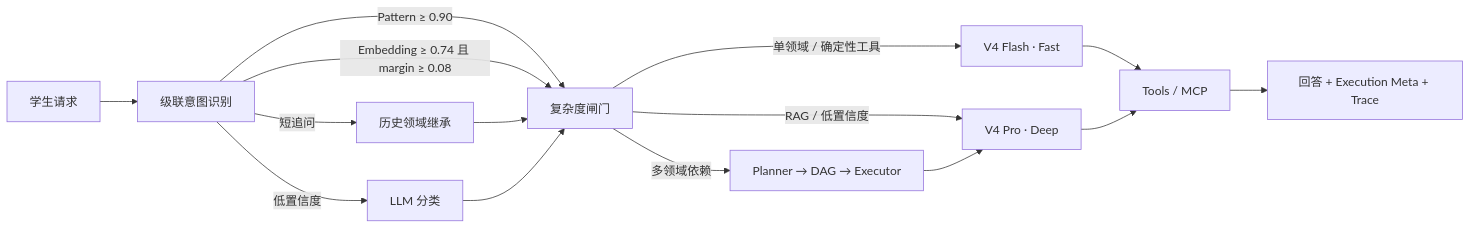
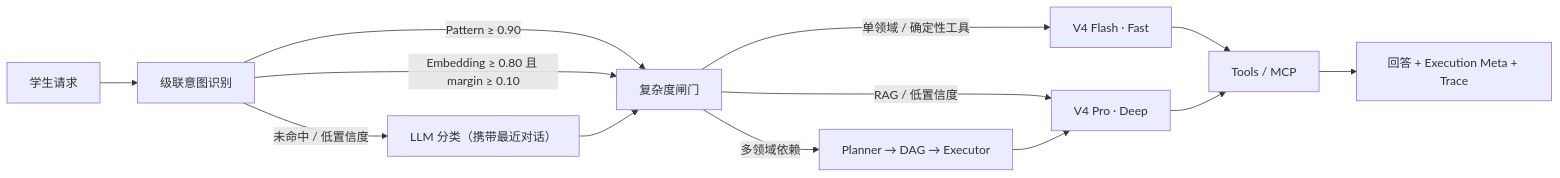
Before and after one commit to iam-epiphany/XDU-EchoGuide: the first of 2 diagrams in README.md, drawn with Mermaid. The commit also changed other lines of this file and 22 other files, not shown here.

Commit message:
记忆 L1/L3 分工去重与按需召回、意图识别双确认加 0.80 阈值；Dockerfile 支持 MODEL_PRELOAD 跳过模型预装、Embedding 下载修复、Markdown 结构感知切块、语义缓存写入简化，新增打包与评测脚本

````diff
--- a/README.md
+++ b/README.md
@@ -41,15 +41,14 @@
 ```mermaid
 flowchart LR
     U["学生请求"] --> G["级联意图识别"]
     G -->|"Pattern ≥ 0.90"| C["复杂度闸门"]
-    G -->|"Embedding ≥ 0.74 且 margin ≥ 0.08"| C
-    G -->|"短追问"| H["历史领域继承"] --> C
-    G -->|"低置信度"| L["LLM 分类"] --> C
+    G -->|"Embedding ≥ 0.80 且 margin ≥ 0.10"| C
+    G -->|"未命中 / 低置信度"| L["LLM 分类（携带最近对话）"] --> C
     C -->|"单领域 / 确定性工具"| F["V4 Flash · Fast"]
     C -->|"RAG / 低置信度"| D["V4 Pro · Deep"]
     C -->|"多领域依赖"| P["Planner → DAG → Executor"]
     P --> D
     F --> T["Tools / MCP"]
     D --> T
     T --> R["回答 + Execution Meta + Trace"]
 ```
````
